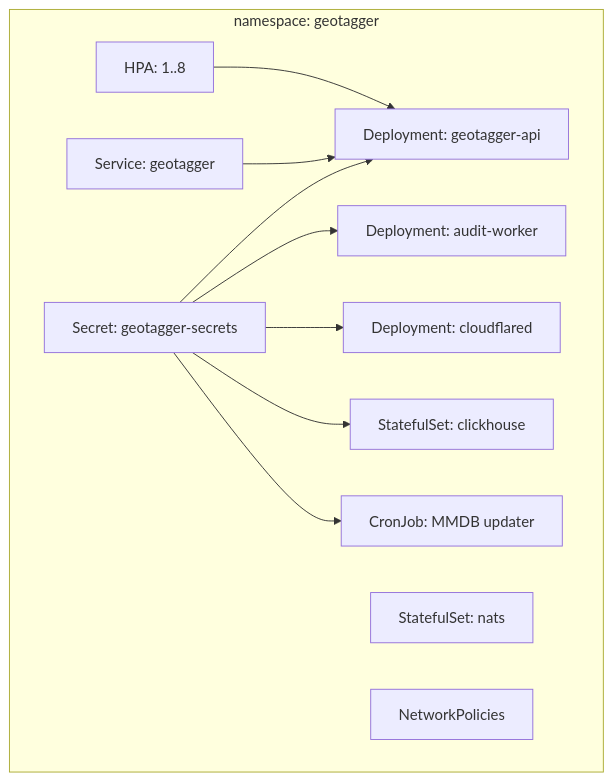
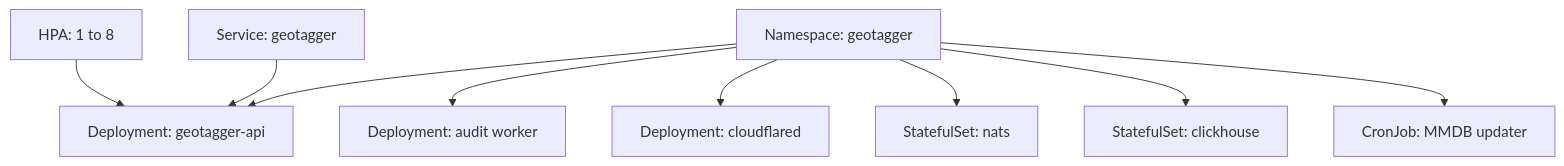
The sixth of 9 diagrams in docs/PROJECT_OVERVIEW.md (Jstarzz/geotagger), drawn with Mermaid before and after one commit. The commit also changed other lines of this file, not shown here.

Commit message:
docs: tighten project overview and sanitize diagrams

````diff
--- a/docs/PROJECT_OVERVIEW.md
+++ b/docs/PROJECT_OVERVIEW.md
@@ -592,23 +392,11 @@
 ```mermaid
 flowchart TB
-    subgraph NS[namespace: geotagger]
-        CFD[Deployment: cloudflared]
-        SVC[Service: geotagger]
-        API[Deployment: geotagger-api]
-        HPA[HPA: 1..8]
-        WORKER[Deployment: audit-worker]
-        NATS[StatefulSet: nats]
-        CH[StatefulSet: clickhouse]
-        CRON[CronJob: MMDB updater]
-        SEC[Secret: geotagger-secrets]
-        NP[NetworkPolicies]
-    end
-
-    HPA --> API
-    SVC --> API
-    SEC --> API
-    SEC --> WORKER
-    SEC --> CFD
-    SEC --> CH
-    SEC --> CRON
+    NS["Namespace: geotagger"] --> API["Deployment: geotagger-api"]
+    NS --> WORKER["Deployment: audit worker"]
+    NS --> CFD["Deployment: cloudflared"]
+    NS --> NATS["StatefulSet: nats"]
+    NS --> CH["StatefulSet: clickhouse"]
+    NS --> CRON["CronJob: MMDB updater"]
+    HPA["HPA: 1 to 8"] --> API
+    SVC["Service: geotagger"] --> API
 ```
````
